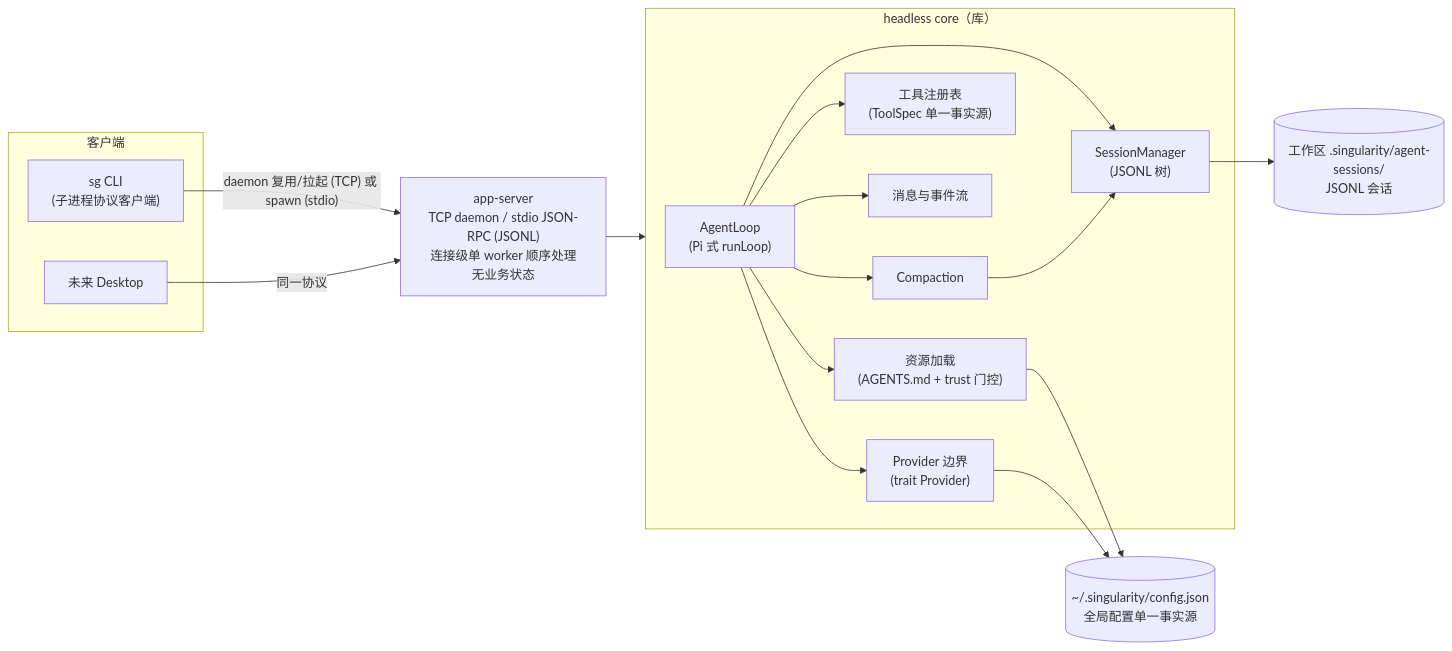
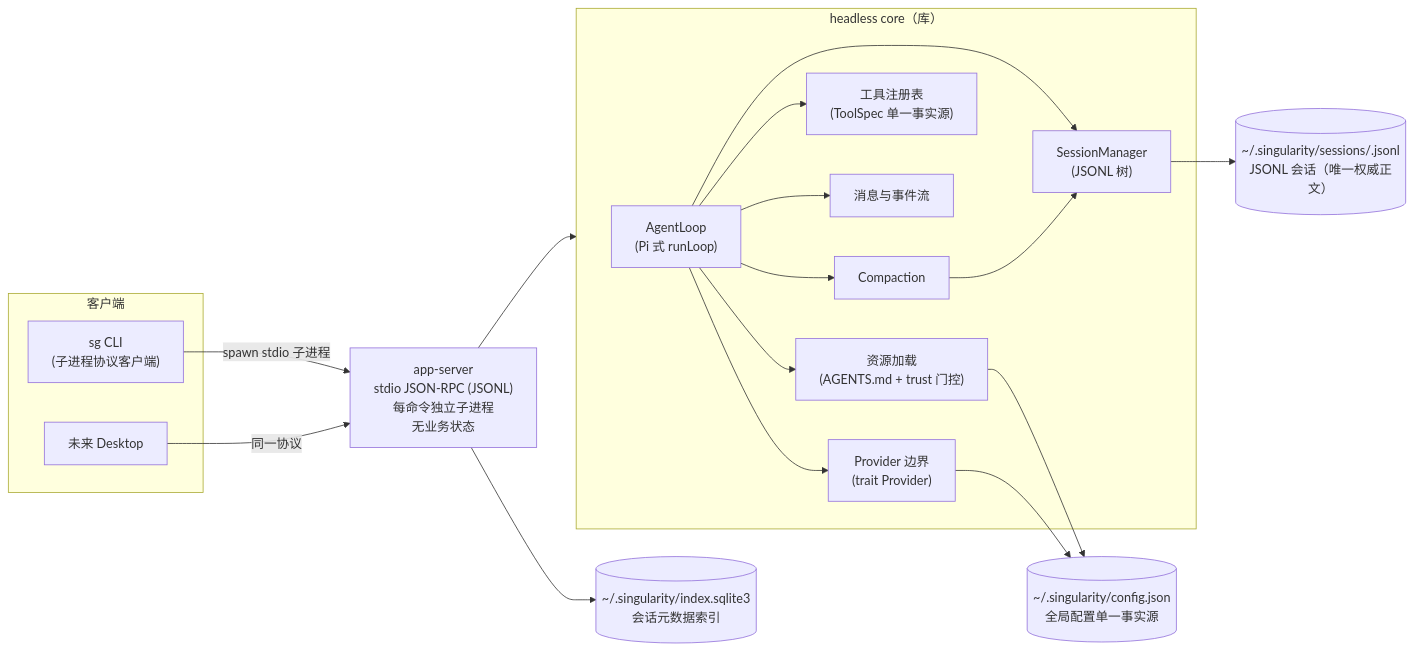
One commit to qjcnmd/singularity-agent changed the first of 8 diagrams in docs/singularity.md. Above: the diagram before and after it, drawn with Mermaid. The commit also changed other lines of this file and 21 other files, not shown here.

````diff
--- a/docs/singularity.md
+++ b/docs/singularity.md
@@ -18,32 +18,35 @@
 ```mermaid
 flowchart LR
     subgraph Client["客户端"]
         CLI["sg CLI<br/>(子进程协议客户端)"]
         Dsk["未来 Desktop"]
     end
-    Svr["app-server<br/>TCP daemon / stdio JSON-RPC (JSONL)<br/>连接级单 worker 顺序处理<br/>无业务状态"]
+    Svr["app-server<br/>stdio JSON-RPC (JSONL)<br/>每命令独立子进程<br/>无业务状态"]
     subgraph Core["headless core（库）"]
         Loop["AgentLoop<br/>(Pi 式 runLoop)"]
         SM["SessionManager<br/>(JSONL 树)"]
         CP["Compaction"]
         TR["工具注册表<br/>(ToolSpec 单一事实源)"]
         EV["消息与事件流"]
         RL["资源加载<br/>(AGENTS.md + trust 门控)"]
         PV["Provider 边界<br/>(trait Provider)"]
     end
     CFG[("~/.singularity/config.json<br/>全局配置单一事实源")]
-    SES[("工作区 .singularity/agent-sessions/<br/>JSONL 会话")]
-    CLI -->|"daemon 复用/拉起 (TCP) 或 spawn (stdio)"| Svr
+    SES[("~/.singularity/sessions/<uuid>.jsonl<br/>JSONL 会话（唯一权威正文）")]
+
+    IDX[("~/.singularity/index.sqlite3<br/>会话元数据索引")]
+    CLI -->|"spawn stdio 子进程"| Svr
     Dsk -->|"同一协议"| Svr
     Svr --> Core
     Loop --> SM
     Loop --> CP
     Loop --> TR
     Loop --> EV
     Loop --> RL
     Loop --> PV
     CP --> SM
     SM --> SES
+    Svr --> IDX
     RL --> CFG
     PV --> CFG
 ```
````
